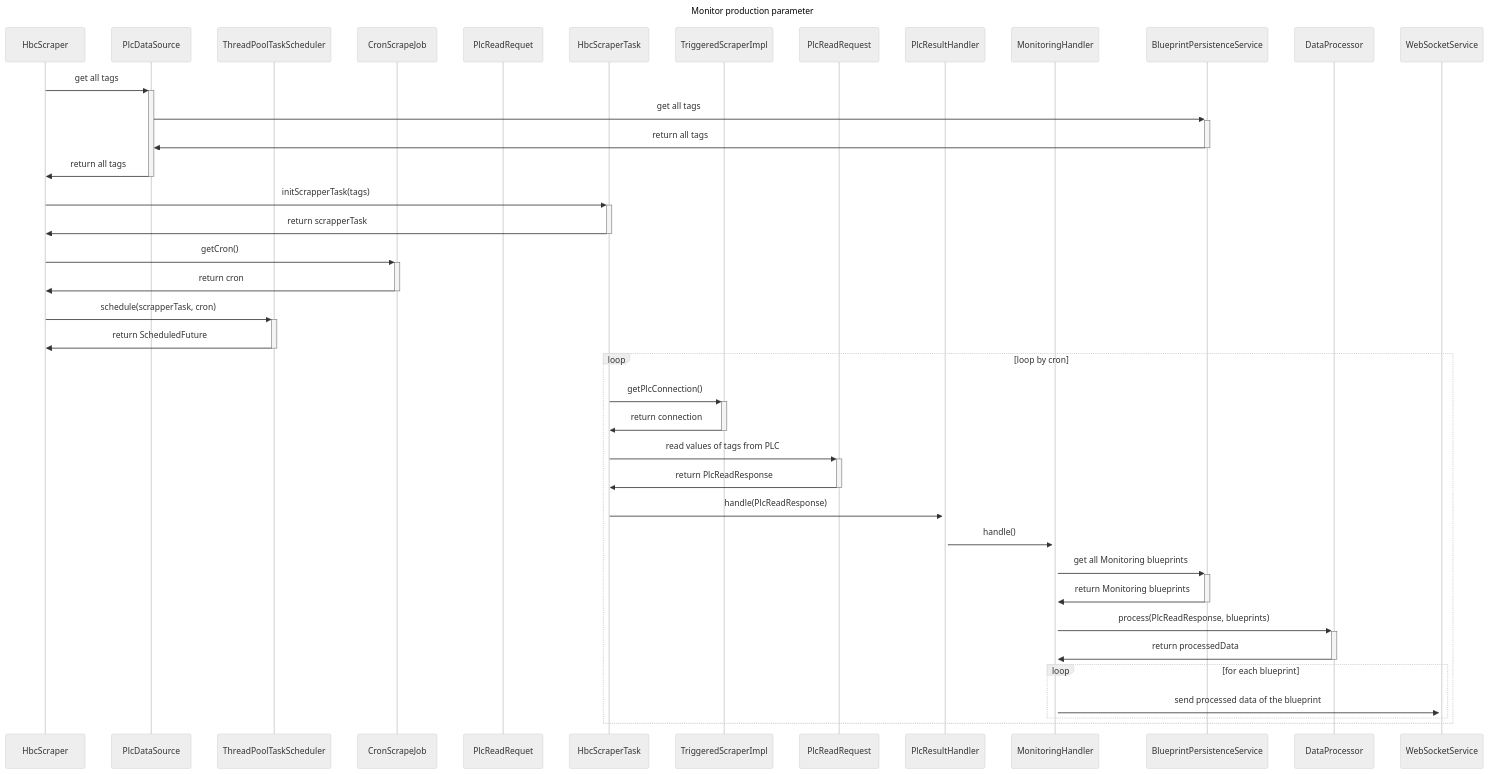
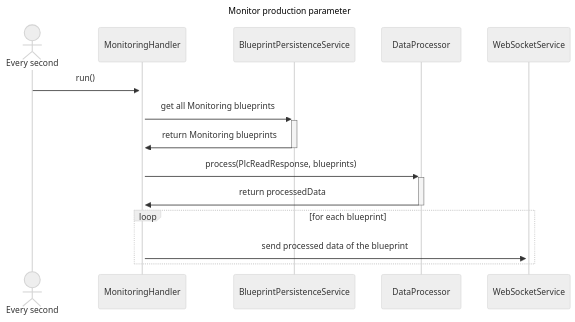
One commit to f-pms/Document changed the diagram in Report7/SDD/Monitoring/sequence-T3-04.md. Above: the diagram before and after it, drawn with Mermaid (neutral theme). The commit also changed 1 other file, not shown here.

Commit message:
sequence wip

````diff
--- a/Report7/SDD/Monitoring/sequence-T3-04.md
+++ b/Report7/SDD/Monitoring/sequence-T3-04.md
@@ -1,47 +1,18 @@
 ```mermaid
 sequenceDiagram
   title Monitor production parameter
-  participant HbcScraper
-  participant PlcDataSource
-  participant ThreadPoolTaskScheduler
-  participant CronScrapeJob
-  participant PlcReadRequet
-  participant HbcScraperTask
-  participant TriggeredScraperImpl
-  participant PlcReadRequest
-  participant PlcResultHandler
+  actor Time as Every second
   participant MonitoringHandler
   participant BlueprintPersistenceService
   participant DataProcessor
   participant WebSocketService 
 
-  HbcScraper ->>+ PlcDataSource: get all tags 
-  PlcDataSource ->>+ BlueprintPersistenceService: get all tags
-  BlueprintPersistenceService ->>- PlcDataSource: return all tags
-  PlcDataSource ->>- HbcScraper: return all tags
-
-  HbcScraper ->>+ HbcScraperTask: initScrapperTask(tags)
-  HbcScraperTask ->>- HbcScraper: return scrapperTask
-
-  HbcScraper ->>+ CronScrapeJob: getCron() 
-  CronScrapeJob ->>- HbcScraper: return cron
-  HbcScraper ->>+ ThreadPoolTaskScheduler: schedule(scrapperTask, cron)
-  ThreadPoolTaskScheduler ->>- HbcScraper: return ScheduledFuture
-
-
-  loop loop by cron
-    HbcScraperTask ->>+ TriggeredScraperImpl: getPlcConnection()
-    TriggeredScraperImpl ->>- HbcScraperTask: return connection
-    HbcScraperTask ->>+ PlcReadRequest: read values of tags from PLC
-    PlcReadRequest ->>- HbcScraperTask: return PlcReadResponse
-    HbcScraperTask ->>+ PlcResultHandler: handle(PlcReadResponse)
-    PlcResultHandler ->>+ MonitoringHandler: handle()
-    MonitoringHandler ->>+ BlueprintPersistenceService: get all Monitoring blueprints
-    BlueprintPersistenceService ->>- MonitoringHandler: return Monitoring blueprints
-    MonitoringHandler ->>+ DataProcessor: process(PlcReadResponse, blueprints)
-    DataProcessor ->>- MonitoringHandler: return processedData
-    loop for each blueprint
-      MonitoringHandler ->>+ WebSocketService: send processed data of the blueprint
-    end
+  Time ->>+ MonitoringHandler: run()
+  MonitoringHandler ->>+ BlueprintPersistenceService: get all Monitoring blueprints
+  BlueprintPersistenceService ->>- MonitoringHandler: return Monitoring blueprints
+  MonitoringHandler ->>+ DataProcessor: process(PlcReadResponse, blueprints)
+  DataProcessor ->>- MonitoringHandler: return processedData
+  loop for each blueprint
+    MonitoringHandler ->>+ WebSocketService: send processed data of the blueprint
   end
 ```
````
